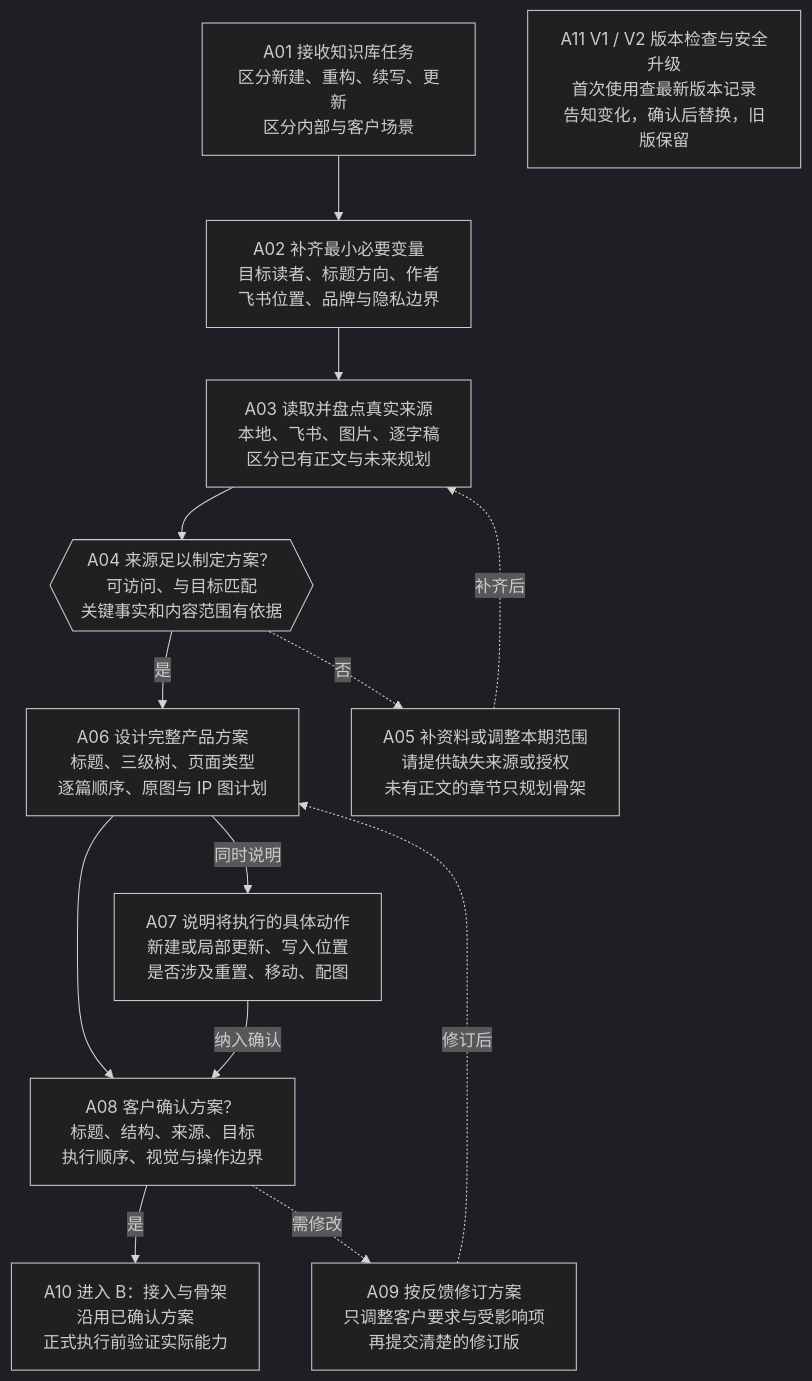
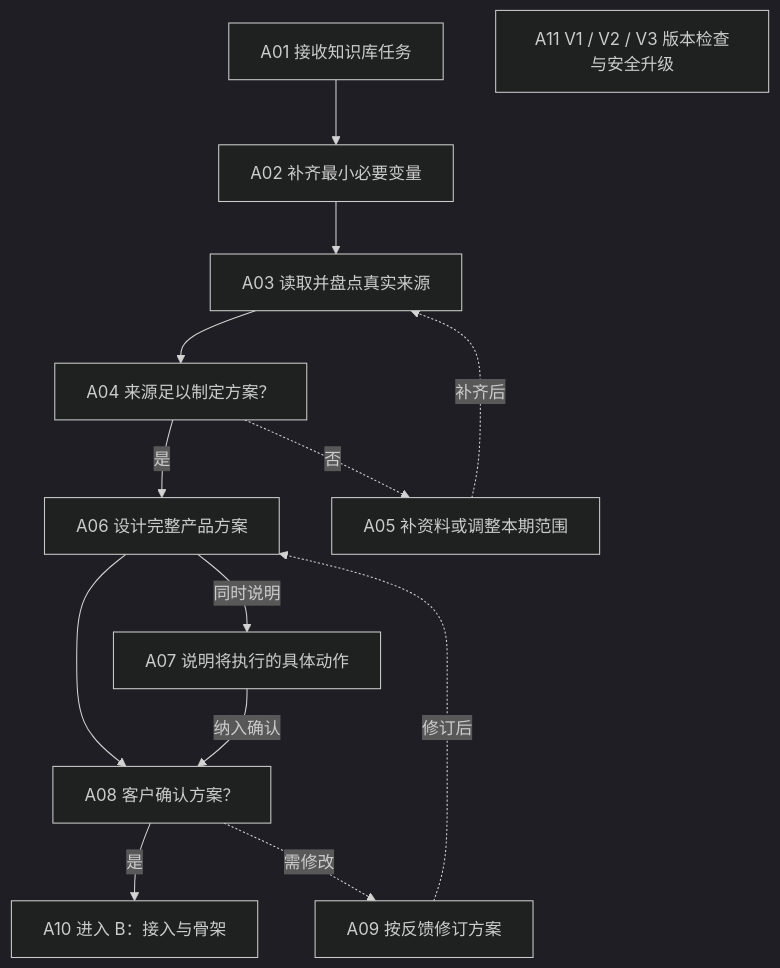
Before and after one commit to banmu23/banmu-skills: the second of 8 diagrams in plugins/feishu-kb-product-builder/skills/feishu-kb-product-builder/references/流程图.md, drawn with Mermaid (dark theme). The commit also changed other lines of this file and 53 other files, not shown here.

Commit message:
发布知识库 V3 与正文配图 V2：关键锚点、丰富表演和高质感光影

````diff
--- a/plugins/feishu-kb-product-builder/skills/feishu-kb-product-builder/references/流程图.md
+++ b/plugins/feishu-kb-product-builder/skills/feishu-kb-product-builder/references/流程图.md
@@ -58,26 +52,26 @@
 ```mermaid
 flowchart TD
-  A01["A01 接收知识库任务<br/>区分新建、重构、续写、更新<br/>区分内部与客户场景"]
-  A02["A02 补齐最小必要变量<br/>目标读者、标题方向、作者<br/>飞书位置、品牌与隐私边界"]
-  A03["A03 读取并盘点真实来源<br/>本地、飞书、图片、逐字稿<br/>区分已有正文与未来规划"]
-  A04{{"A04 来源足以制定方案？<br/>可访问、与目标匹配<br/>关键事实和内容范围有依据"}}
-  A05["A05 补资料或调整本期范围<br/>请提供缺失来源或授权<br/>未有正文的章节只规划骨架"]
-  A06["A06 设计完整产品方案<br/>标题、三级树、页面类型<br/>逐篇顺序、原图与 IP 图计划"]
-  A07["A07 说明将执行的具体动作<br/>新建或局部更新、写入位置<br/>是否涉及重置、移动、配图"]
-  A08["A08 客户确认方案？<br/>标题、结构、来源、目标<br/>执行顺序、视觉与操作边界"]
-  A09["A09 按反馈修订方案<br/>只调整客户要求与受影响项<br/>再提交清楚的修订版"]
-  A10["A10 进入 B：接入与骨架<br/>沿用已确认方案<br/>正式执行前验证实际能力"]
-  A11["A11 V1 / V2 版本检查与安全升级<br/>首次使用查最新版本记录<br/>告知变化，确认后替换，旧版保留"]
+  A01["A01 接收知识库任务"]
+  A02["A02 补齐最小必要变量"]
+  A03["A03 读取并盘点真实来源"]
+  A04["A04 来源足以制定方案？"]
+  A05["A05 补资料或调整本期范围"]
+  A06["A06 设计完整产品方案"]
+  A07["A07 说明将执行的具体动作"]
+  A08["A08 客户确认方案？"]
+  A09["A09 按反馈修订方案"]
+  A10["A10 进入 B：接入与骨架"]
+  A11["A11 V1 / V2 / V3 版本检查与安全升级"]
   A01 --> A02
   A02 --> A03
   A03 --> A04
   A04 --> |是| A06
   A06 --> A08
   A08 --> |是| A10
   A04 -.-> |否| A05
   A05 -.-> |补齐后| A03
   A06 --> |同时说明| A07
   A07 --> |纳入确认| A08
   A08 -.-> |需修改| A09
   A09 -.-> |修订后| A06
 ```
````
